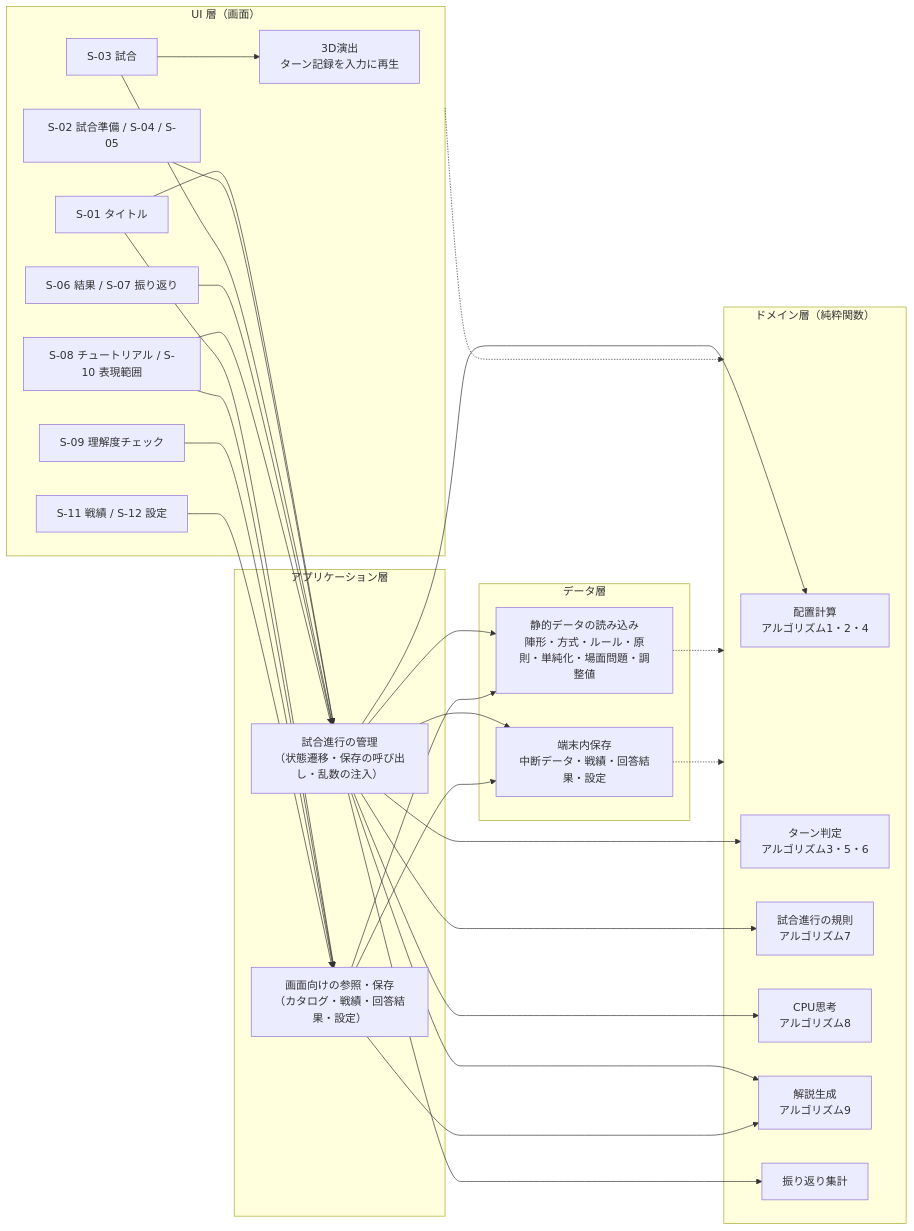
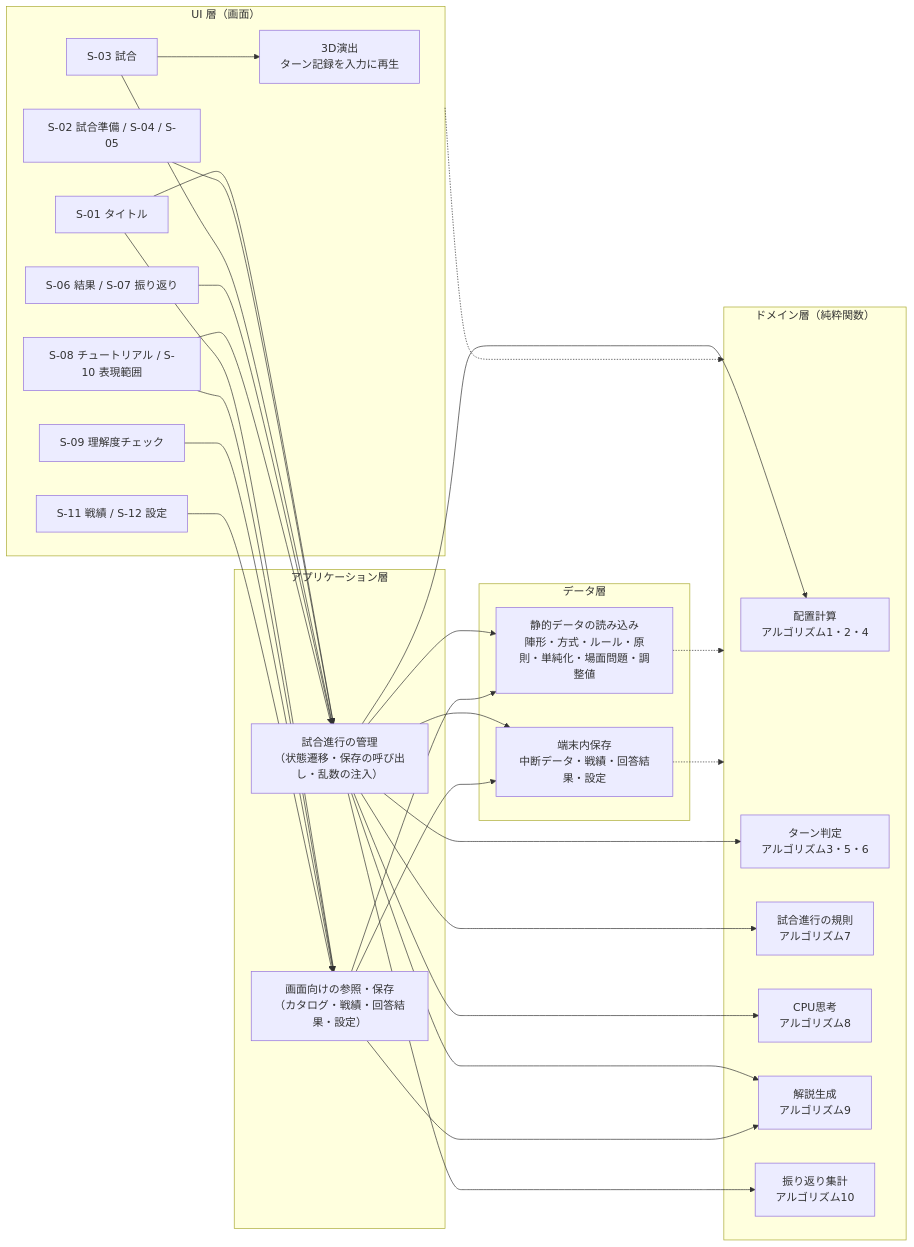
The fourth of 4 diagrams in docs/specs/1_requirements/functional-overview.md (n-yata/soccer-sim), drawn with Mermaid before and after one commit. The commit also changed other lines of this file and 14 other files, not shown here.

````diff
--- a/docs/specs/1_requirements/functional-overview.md
+++ b/docs/specs/1_requirements/functional-overview.md
@@ -618,54 +665,54 @@
 ```mermaid
 flowchart LR
     subgraph UI["UI 層（画面）"]
       S1["S-01 タイトル"]
       S2["S-02 試合準備 / S-04 / S-05"]
       S3["S-03 試合"]
       V1["3D演出<br/>ターン記録を入力に再生"]
       S7["S-06 結果 / S-07 振り返り"]
       S8["S-08 チュートリアル / S-10 表現範囲"]
       S9["S-09 理解度チェック"]
       S11["S-11 戦績 / S-12 設定"]
     end
     subgraph APP["アプリケーション層"]
       A1["試合進行の管理<br/>（状態遷移・保存の呼び出し・乱数の注入）"]
       A2["画面向けの参照・保存<br/>（カタログ・戦績・回答結果・設定）"]
     end
     subgraph DOMAIN["ドメイン層（純粋関数）"]
       D1["配置計算<br/>アルゴリズム1・2・4"]
       D2["ターン判定<br/>アルゴリズム3・5・6"]
       D3["試合進行の規則<br/>アルゴリズム7"]
       D4["CPU思考<br/>アルゴリズム8"]
       D5["解説生成<br/>アルゴリズム9"]
-      D6["振り返り集計"]
+      D6["振り返り集計<br/>アルゴリズム10"]
     end
     subgraph DATA["データ層"]
       P1["静的データの読み込み<br/>陣形・方式・ルール・原則・単純化・場面問題・調整値"]
       P2["端末内保存<br/>中断データ・戦績・回答結果・設定"]
     end
 
     S1 --> A1
     S1 --> A2
     S2 --> A1
     S3 --> A1
     S3 --> V1
     S7 --> A1
     S8 --> A1
     S8 --> A2
     S9 --> A2
     S11 --> A2
     A1 --> D1
     A1 --> D2
     A1 --> D3
     A1 --> D4
     A1 --> D5
     A1 --> D6
     A1 --> P1
     A1 --> P2
     A2 --> D5
     A2 --> P1
     A2 --> P2
     UI -.-> DOMAIN
     P1 -.-> DOMAIN
     P2 -.-> DOMAIN
 ```
````
